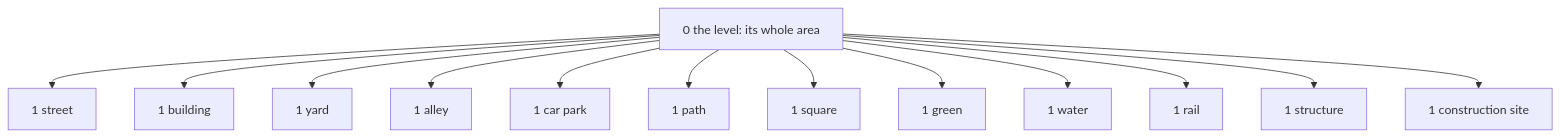
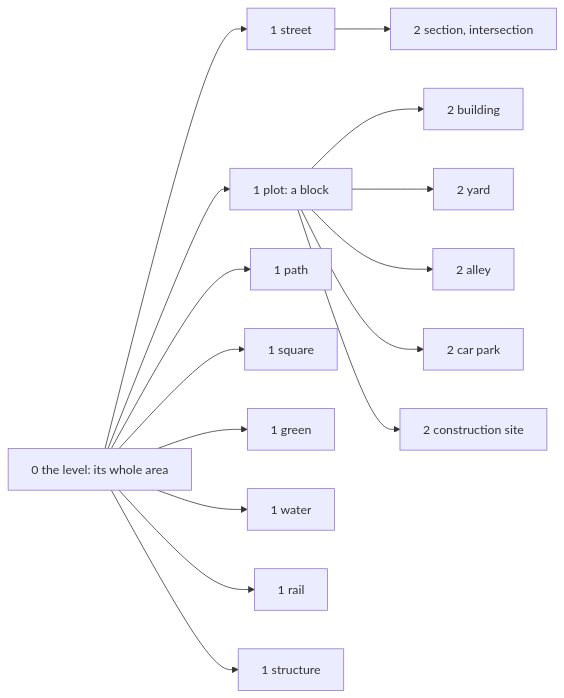
The first of 4 diagrams in docs/design/steps.md (Khoshkhah/urbanstyle), drawn with Mermaid before and after one commit. The commit also changed other lines of this file and 6 other files, not shown here.

````diff
--- a/docs/design/steps.md
+++ b/docs/design/steps.md
@@ -27,15 +27,17 @@
 ```mermaid
-flowchart TD
+flowchart LR
     L0[0 the level: its whole area] --> K1[1 street]
-    L0 --> K2[1 building]
-    L0 --> K3[1 yard]
-    L0 --> K4[1 alley]
-    L0 --> K5[1 car park]
-    L0 --> K6[1 path]
-    L0 --> K7[1 square]
-    L0 --> K8[1 green]
-    L0 --> K9[1 water]
-    L0 --> K10[1 rail]
-    L0 --> K11[1 structure]
-    L0 --> K12[1 construction site]
+    L0 --> K2[1 plot: a block]
+    L0 --> K3[1 path]
+    L0 --> K4[1 square]
+    L0 --> K5[1 green]
+    L0 --> K6[1 water]
+    L0 --> K7[1 rail]
+    L0 --> K8[1 structure]
+    K1 --> S2[2 section, intersection]
+    K2 --> B1[2 building]
+    K2 --> B2[2 yard]
+    K2 --> B3[2 alley]
+    K2 --> B4[2 car park]
+    K2 --> B5[2 construction site]
 ```
````
